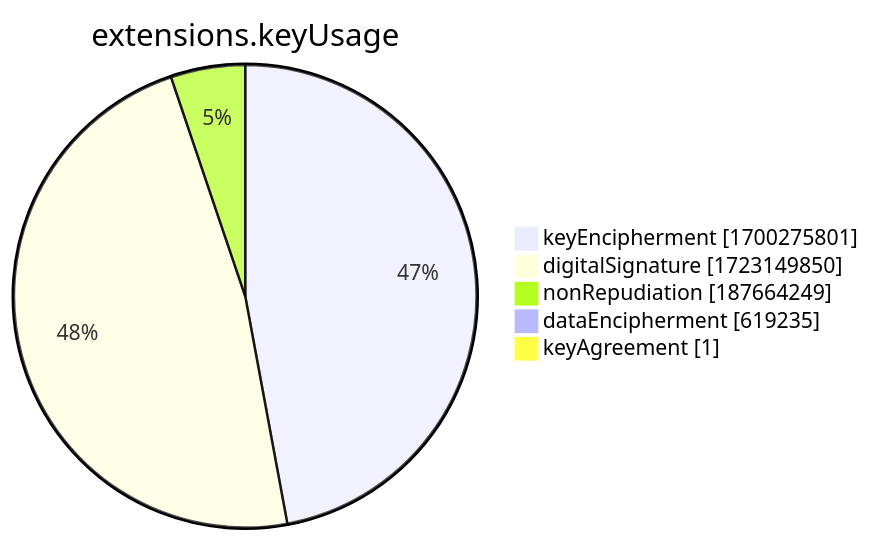
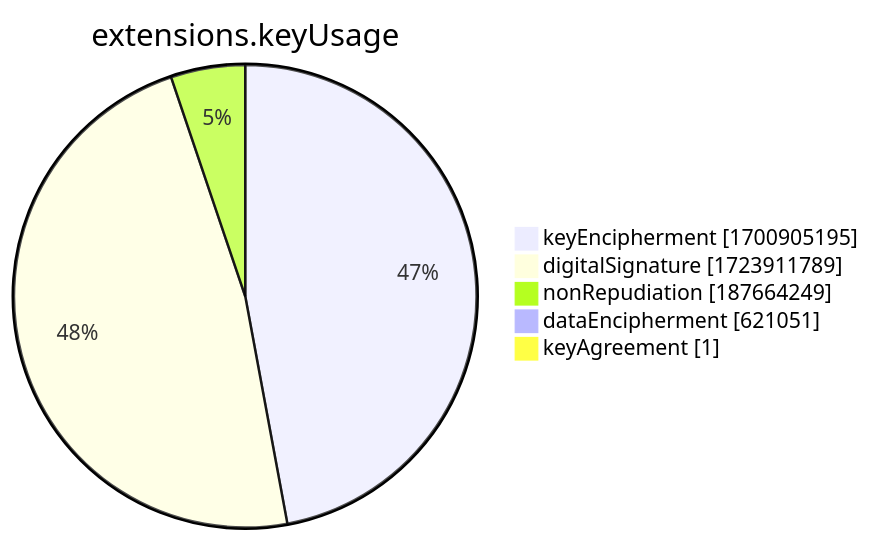
Before and after one commit to christiankrug/ctmonitor_visualization: the seventh of 15 diagrams in xenon2022/README.md, drawn with Mermaid. The commit also changed other lines of this file, not shown here.

````diff
--- a/xenon2022/README.md
+++ b/xenon2022/README.md
@@ -2858,9 +2858,9 @@
 ```mermaid
 pie showData
 title extensions.keyUsage
-"keyEncipherment" :1700275801
-"digitalSignature" :1723149850
+"keyEncipherment" :1700905195
+"digitalSignature" :1723911789
 "nonRepudiation" :187664249
-"dataEncipherment" :619235
+"dataEncipherment" :621051
 "keyAgreement" :1
 ```
````
